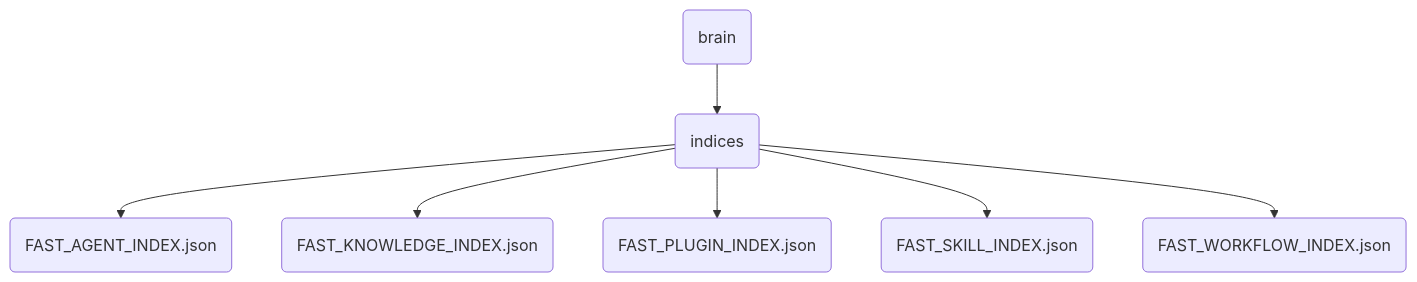
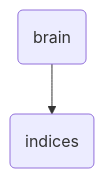
Before and after one commit to LongLeo287/OmniClaw: the diagram in brain/indices/_DIR_IDENTITY.md, drawn with Mermaid. The commit also changed other lines of this file and 8486 other files, not shown here.

````diff
--- a/brain/indices/_DIR_IDENTITY.md
+++ b/brain/indices/_DIR_IDENTITY.md
@@ -18,9 +22,4 @@
 ```mermaid
 graph TD
   Parent("brain") --> Node("indices")
-  Node --> Sub1("FAST_AGENT_INDEX.json")
-  Node --> Sub2("FAST_KNOWLEDGE_INDEX.json")
-  Node --> Sub3("FAST_PLUGIN_INDEX.json")
-  Node --> Sub4("FAST_SKILL_INDEX.json")
-  Node --> Sub5("FAST_WORKFLOW_INDEX.json")
 ```
````
